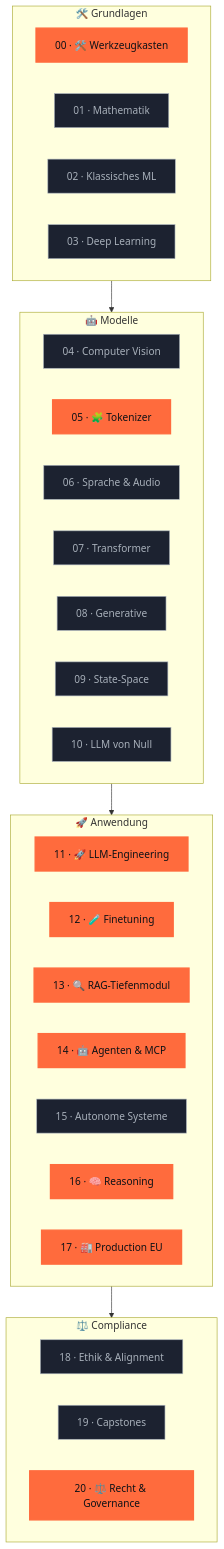
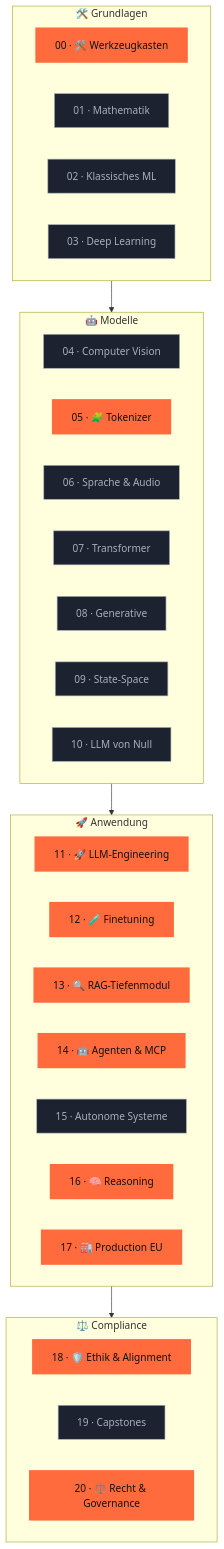
The second of 3 diagrams in README.md (s-a-s-k-i-a/ki-engineering-werkstatt), drawn with Mermaid before and after one commit. The commit also changed other lines of this file and 18 other files, not shown here.

First line of the commit message:
feat(phase-18): voll ausgearbeitetes Ethik-Safety-Alignment-Modul

````diff
--- a/README.md
+++ b/README.md
@@ -242,45 +242,45 @@
 ```mermaid
 flowchart TB
   subgraph G[" 🛠️ Grundlagen "]
     direction LR
     P00[00 · 🛠️ Werkzeugkasten]:::done
     P01[01 · Mathematik]:::planned
     P02[02 · Klassisches ML]:::planned
     P03[03 · Deep Learning]:::planned
   end
 
   subgraph M[" 🤖 Modelle "]
     direction LR
     P04[04 · Computer Vision]:::planned
     P05[05 · 🧩 Tokenizer]:::done
     P06[06 · Sprache & Audio]:::planned
     P07[07 · Transformer]:::planned
     P08[08 · Generative]:::planned
     P09[09 · State-Space]:::planned
     P10[10 · LLM von Null]:::planned
   end
 
   subgraph A[" 🚀 Anwendung "]
     direction LR
     P11[11 · 🚀 LLM-Engineering]:::done
     P12[12 · 🧪 Finetuning]:::done
     P13[13 · 🔍 RAG-Tiefenmodul]:::done
     P14[14 · 🤖 Agenten & MCP]:::done
     P15[15 · Autonome Systeme]:::planned
     P16[16 · 🧠 Reasoning]:::done
     P17[17 · 🏭 Production EU]:::done
   end
 
   subgraph C[" ⚖️ Compliance "]
     direction LR
-    P18[18 · Ethik & Alignment]:::planned
+    P18[18 · 🛡️ Ethik & Alignment]:::done
     P19[19 · Capstones]:::planned
     P20[20 · ⚖️ Recht & Governance]:::done
   end
 
   G --> M --> A --> C
 
   classDef done fill:#FF6B3D,color:#0E1116,stroke:#FF6B3D,stroke-width:2px
   classDef wip fill:#3D8BFF,color:#FFF,stroke:#3D8BFF,stroke-width:2px,stroke-dasharray:5
   classDef planned fill:#1c2230,color:#A8B0BA,stroke:#A8B0BA,stroke-width:1px
 ```
````
